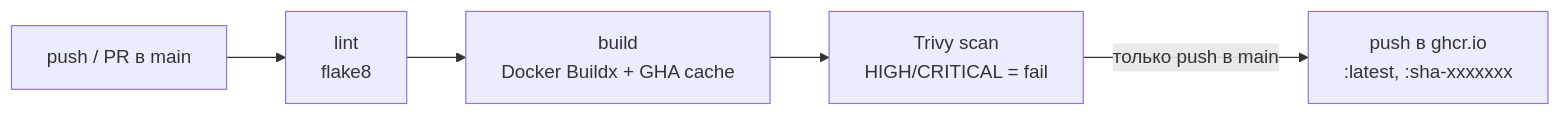
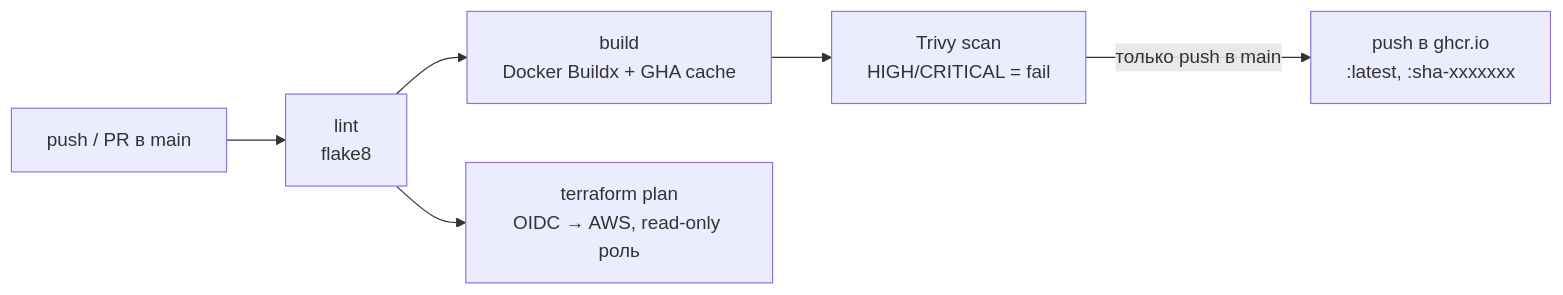
The second of 2 diagrams in README.ru.md (madimuk/devops-todo-app), drawn with Mermaid before and after one commit. The commit also changed other lines of this file and 1 other file, not shown here.

Commit message:
docs: keyless AWS access via GitHub OIDC

````diff
--- a/README.ru.md
+++ b/README.ru.md
@@ -51,7 +52,8 @@
 ```mermaid
 flowchart LR
     push[push / PR в main] --> lint[lint<br/>flake8]
     lint --> build[build<br/>Docker Buildx + GHA cache]
     build --> scan[Trivy scan<br/>HIGH/CRITICAL = fail]
     scan -->|только push в main| publish[push в ghcr.io<br/>:latest, :sha-xxxxxxx]
+    lint --> plan[terraform plan<br/>OIDC → AWS, read-only роль]
 ```
````
